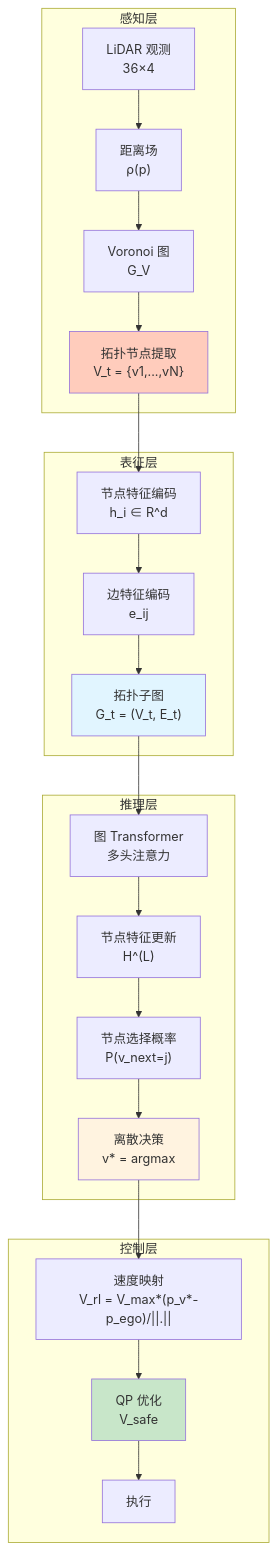
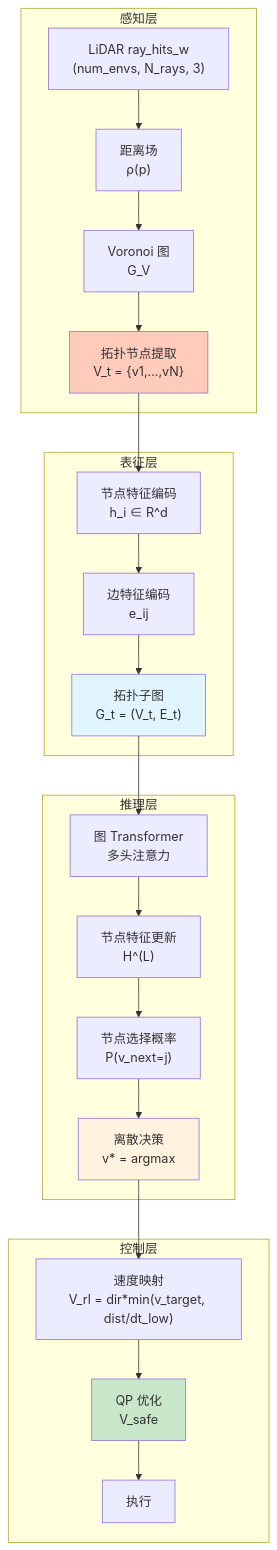
The third of 5 diagrams in isaac-training/doc/06-新架构总览-拓扑图导航系统.md (Shepherd010/NavRL), drawn with Mermaid before and after one commit. The commit also changed other lines of this file and 25 other files, not shown here.

````diff
--- a/isaac-training/doc/06-新架构总览-拓扑图导航系统.md
+++ b/isaac-training/doc/06-新架构总览-拓扑图导航系统.md
@@ -153,32 +82,32 @@
 ```mermaid
 graph TB
     subgraph 感知层
-    A[LiDAR 观测<br/>36×4] --> B["距离场<br/>ρ(p)"]
+   A["LiDAR ray_hits_w<br/>(num_envs, N_rays, 3)"] --> B["距离场<br/>ρ(p)"]
     B --> C[Voronoi 图<br/>G_V]
     C --> D["拓扑节点提取<br/>V_t = {v1,...,vN}"]
     end
     
     subgraph 表征层
     D --> E[节点特征编码<br/>h_i ∈ R^d]
     E --> F[边特征编码<br/>e_ij]
     F --> G["拓扑子图<br/>G_t = (V_t, E_t)"]
     end
     
     subgraph 推理层
     G --> H[图 Transformer<br/>多头注意力]
     H --> I["节点特征更新<br/>H^(L)"]
     I --> J["节点选择概率<br/>P(v_next=j)"]
     J --> K[离散决策<br/>v* = argmax]
     end
     
     subgraph 控制层
-    K --> L["速度映射<br/>V_rl = V_max*(p_v*-p_ego)/||.||"]
+   K --> L["速度映射<br/>V_rl = dir*min(v_target, dist/dt_low)"]
     L --> M[QP 优化<br/>V_safe]
     M --> N[执行]
     end
     
     style D fill:#ffccbc
     style G fill:#e1f5ff
     style K fill:#fff3e0
     style M fill:#c8e6c9
 ```
````
